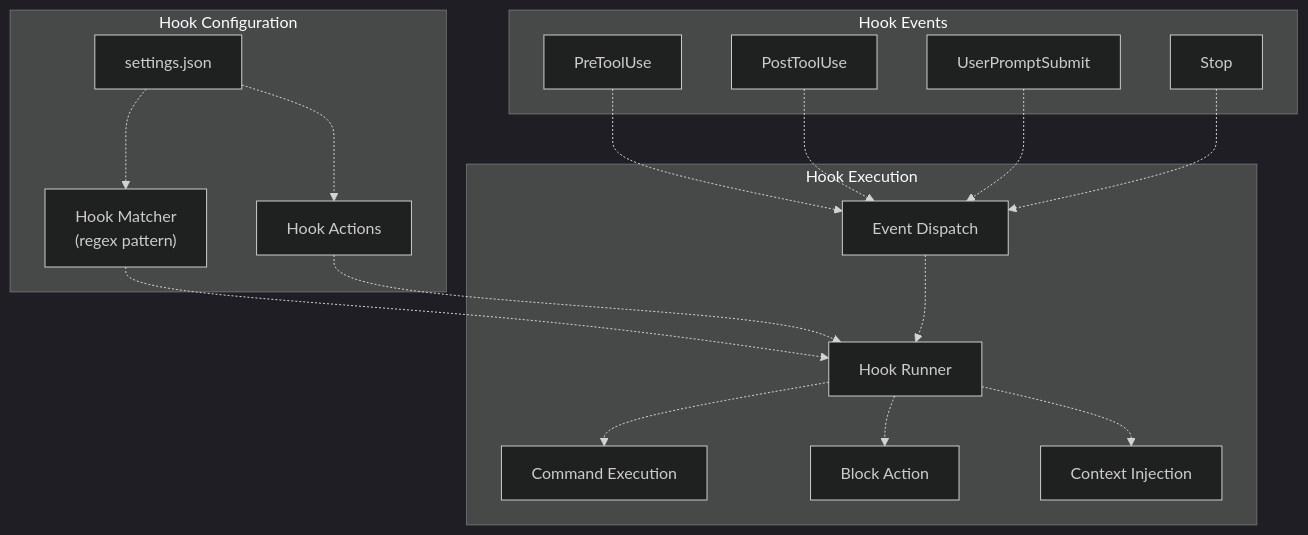
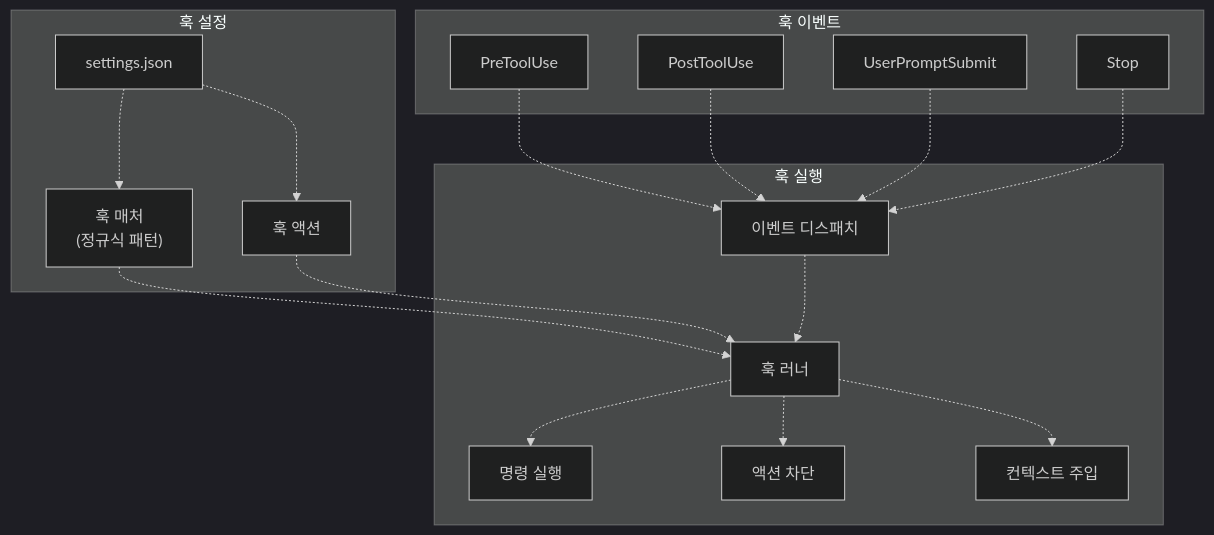
The seventh of 11 diagrams in docs/compatibility/claude-code-compatibility.md (felipetruman/oh-my-opencode-docs), drawn with Mermaid (dark theme) before and after one commit. The commit also changed other lines of this file and 76 other files, not shown here.

````diff
--- a/docs/compatibility/claude-code-compatibility.md
+++ b/docs/compatibility/claude-code-compatibility.md
@@ -450,50 +450,50 @@
 ```mermaid
 flowchart TD
 
 PreToolUse["PreToolUse"]
 PostToolUse["PostToolUse"]
 UserPromptSubmit["UserPromptSubmit"]
 Stop["Stop"]
 Settings["settings.json"]
-Matcher["Hook Matcher<br>(regex pattern)"]
-HookActions["Hook Actions"]
-EventDispatch["Event Dispatch"]
-HookRunner["Hook Runner"]
-CommandExec["Command Execution"]
-BlockAction["Block Action"]
-InjectContext["Context Injection"]
+Matcher["훅 매처<br>(정규식 패턴)"]
+HookActions["훅 액션"]
+EventDispatch["이벤트 디스패치"]
+HookRunner["훅 러너"]
+CommandExec["명령 실행"]
+BlockAction["액션 차단"]
+InjectContext["컨텍스트 주입"]
 
 PreToolUse -.-> EventDispatch
 PostToolUse -.-> EventDispatch
 UserPromptSubmit -.-> EventDispatch
 Stop -.-> EventDispatch
 Matcher -.-> HookRunner
 HookActions -.-> HookRunner
 
-subgraph subGraph2 ["Hook Execution"]
+subgraph subGraph2 ["훅 실행"]
     EventDispatch
     HookRunner
     CommandExec
     BlockAction
     InjectContext
     EventDispatch -.-> HookRunner
     HookRunner -.-> CommandExec
     HookRunner -.-> BlockAction
     HookRunner -.-> InjectContext
 end
 
-subgraph subGraph1 ["Hook Configuration"]
+subgraph subGraph1 ["훅 설정"]
     Settings
     Matcher
     HookActions
     Settings -.-> Matcher
     Settings -.-> HookActions
 end
 
-subgraph subGraph0 ["Hook Events"]
+subgraph subGraph0 ["훅 이벤트"]
     PreToolUse
     PostToolUse
     UserPromptSubmit
     Stop
 end
 ```
````
